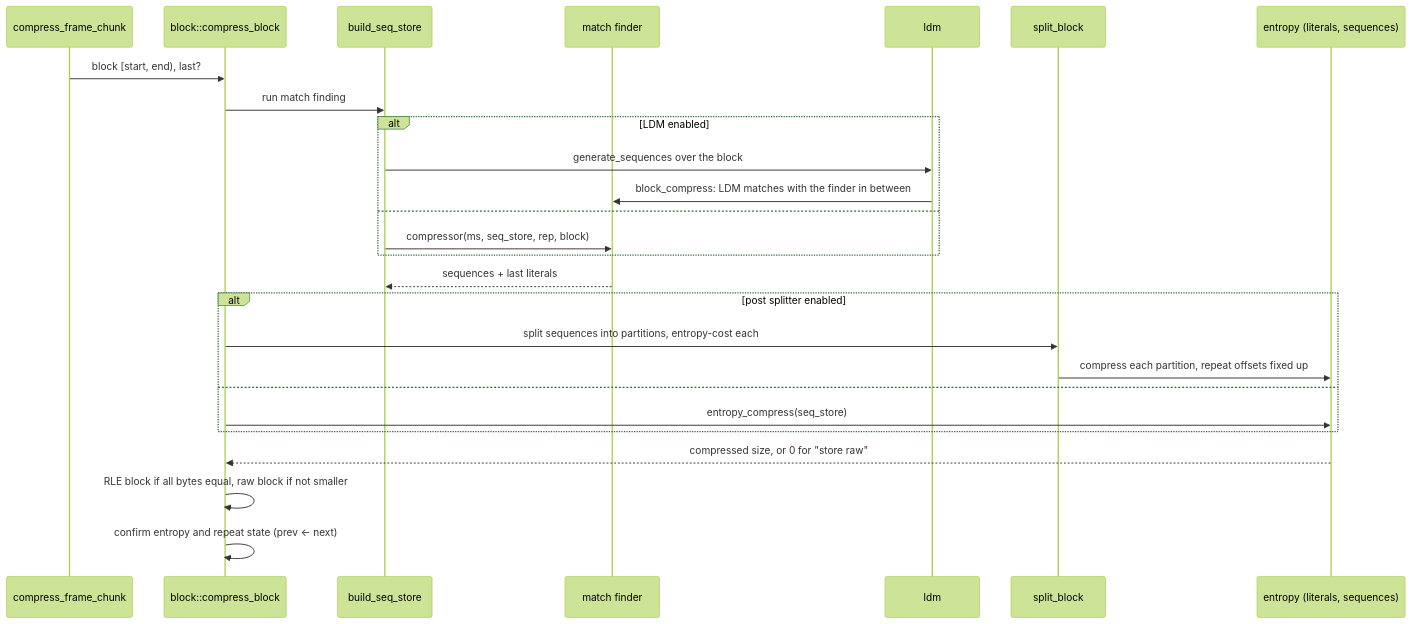
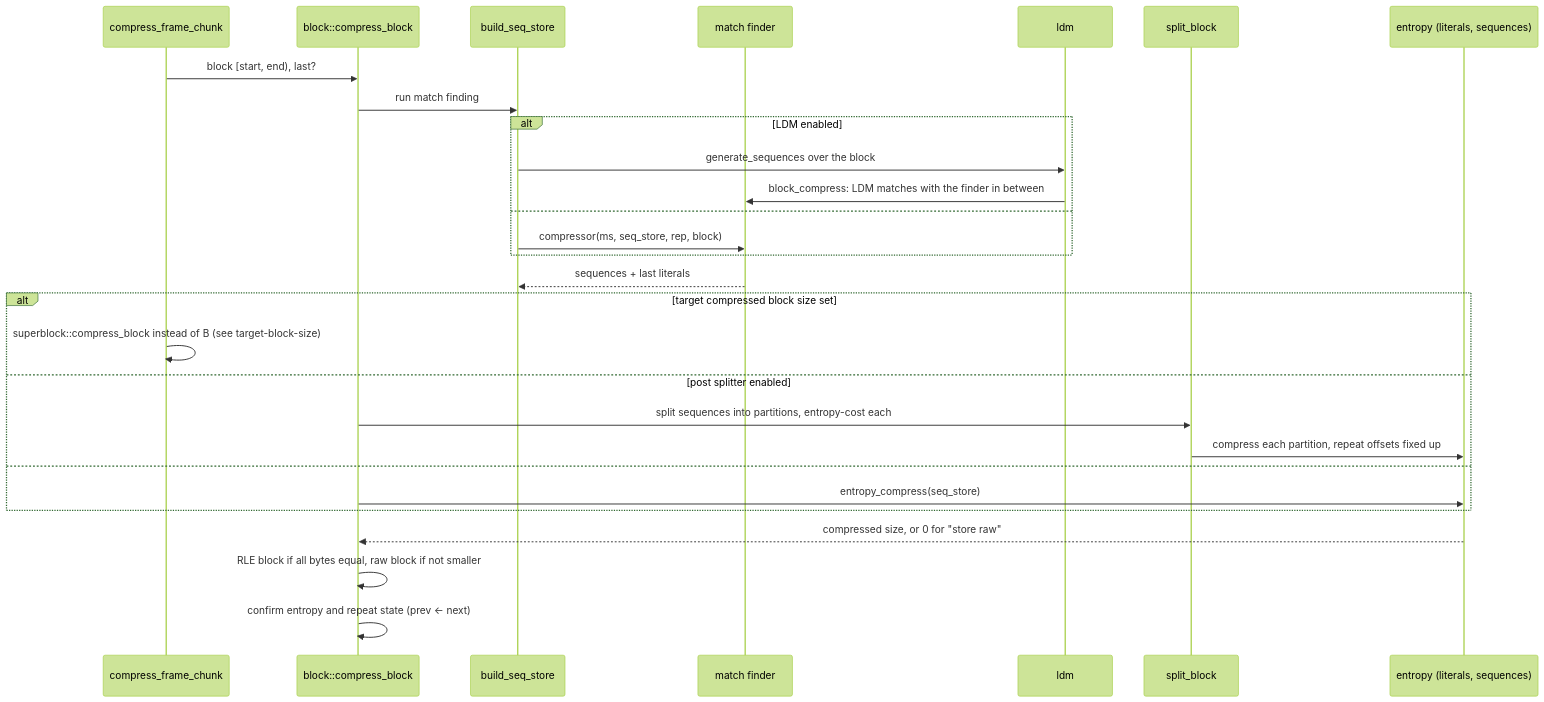
The seventh of 18 diagrams in architecture/encoder-core.md (M-Compressors/mzstd), drawn with Mermaid (forest theme) before and after one commit. The commit also changed other lines of this file and 390 other files, not shown here.

````diff
--- a/architecture/encoder-core.md
+++ b/architecture/encoder-core.md
@@ -244,28 +249,30 @@
 ```mermaid
 sequenceDiagram
     participant FC as compress_frame_chunk
     participant B as block::compress_block
     participant BS as build_seq_store
     participant MF as match finder
     participant L as ldm
     participant S as split_block
     participant EC as entropy (literals, sequences)
     FC->>B: block [start, end), last?
     B->>BS: run match finding
     alt LDM enabled
         BS->>L: generate_sequences over the block
         L->>MF: block_compress: LDM matches with the finder in between
     else
         BS->>MF: compressor(ms, seq_store, rep, block)
     end
     MF-->>BS: sequences + last literals
-    alt post splitter enabled
+    alt target compressed block size set
+        FC->>FC: superblock::compress_block instead of B (see target-block-size)
+    else post splitter enabled
         B->>S: split sequences into partitions, entropy-cost each
         S->>EC: compress each partition, repeat offsets fixed up
     else
         B->>EC: entropy_compress(seq_store)
     end
     EC-->>B: compressed size, or 0 for "store raw"
     B->>B: RLE block if all bytes equal, raw block if not smaller
     B->>B: confirm entropy and repeat state (prev <- next)
 ```
````
